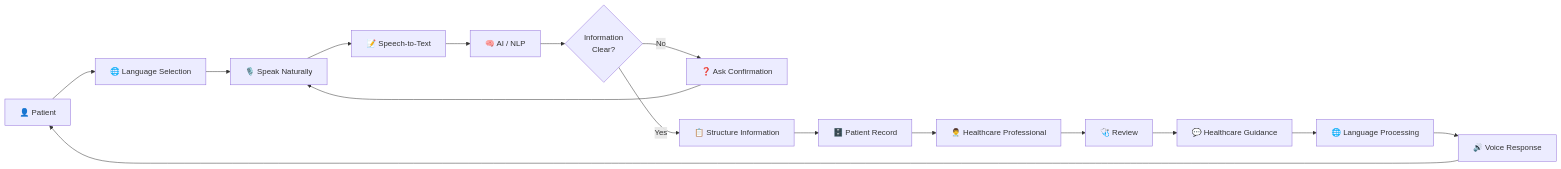
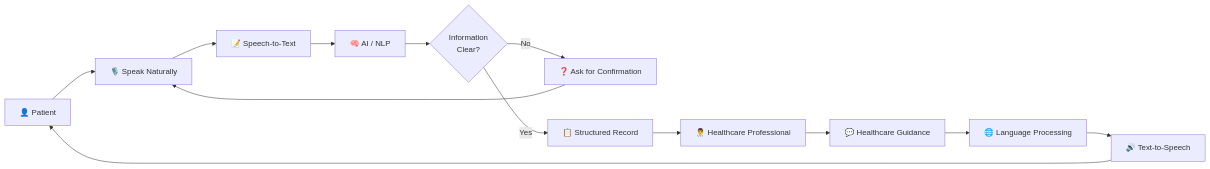
Before and after one commit to anshika-dev23/Swasthya-Setu: the first of 8 diagrams in README.md, drawn with Mermaid. The commit also changed other lines of this file, not shown here.

````diff
--- a/README.md
+++ b/README.md
@@ -137,34 +130,29 @@
 ```mermaid
 flowchart LR
 
-A["👤 Patient"]
---> B["🌐 Language Selection"]
+P["👤 Patient"]
 
-B --> C["🎙️ Speak Naturally"]
+P --> V["🎙️ Speak Naturally"]
 
-C --> D["📝 Speech-to-Text"]
+V --> S["📝 Speech-to-Text"]
 
-D --> E["🧠 AI / NLP"]
+S --> AI["🧠 AI / NLP"]
 
-E --> F{"Information<br/>Clear?"}
+AI --> C{"Information<br/>Clear?"}
 
-F -->|No| G["❓ Ask Confirmation"]
+C -->|No| Q["❓ Ask for Confirmation"]
 
-G --> C
+Q --> V
 
-F -->|Yes| H["📋 Structure Information"]
+C -->|Yes| R["📋 Structured Record"]
 
-H --> I["🗄️ Patient Record"]
+R --> D["👨‍⚕️ Healthcare Professional"]
 
-I --> J["👨‍⚕️ Healthcare Professional"]
+D --> G["💬 Healthcare Guidance"]
 
-J --> K["🩺 Review"]
+G --> L["🌐 Language Processing"]
 
-K --> L["💬 Healthcare Guidance"]
+L --> T["🔊 Text-to-Speech"]
 
-L --> M["🌐 Language Processing"]
-
-M --> N["🔊 Voice Response"]
-
-N --> A
+T --> P
 ```
````
